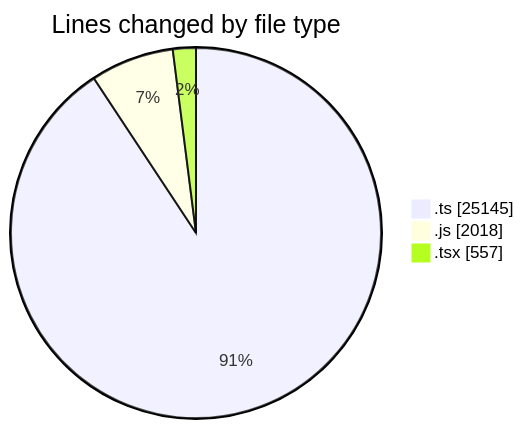
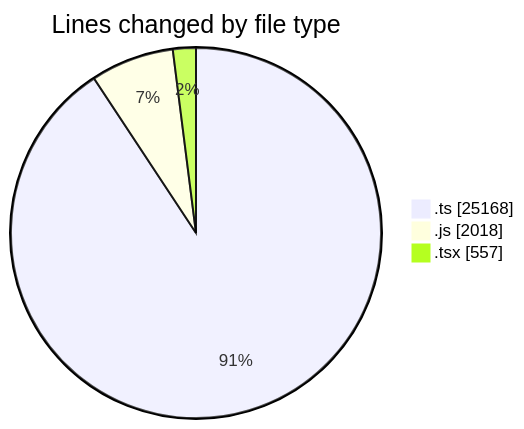
The first of 2 diagrams in 2025-06-20/cda/README.md (momahboobian/code-tracking), drawn with Mermaid before and after one commit. The commit also changed other lines of this file and 1 other file, not shown here.

````diff
--- a/2025-06-20/cda/README.md
+++ b/2025-06-20/cda/README.md
@@ -40,7 +40,7 @@
 ```mermaid
 pie showData
 title Lines changed by file type
-".ts" : 25145
+".ts" : 25168
 ".js" : 2018
 ".tsx" : 557
 ```
````
